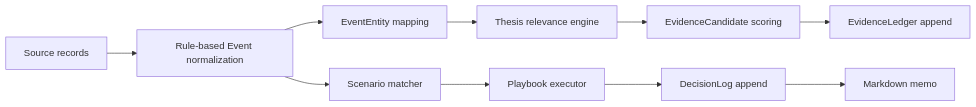
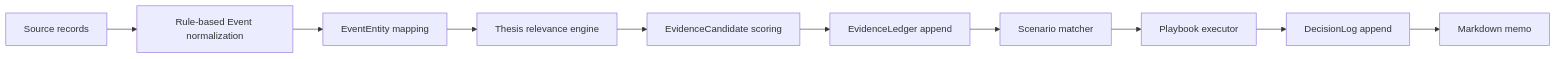
The diagram in docs/architecture.md (Hyuneey/project_stock), drawn with Mermaid before and after one commit. The commit also changed other lines of this file and 10 other files, not shown here.

````diff
--- a/docs/architecture.md
+++ b/docs/architecture.md
@@ -10,12 +10,12 @@
 ```mermaid
 flowchart LR
   A["Source records"] --> B["Rule-based Event normalization"]
   B --> C["EventEntity mapping"]
   C --> D["Thesis relevance engine"]
   D --> E["EvidenceCandidate scoring"]
   E --> F["EvidenceLedger append"]
-  B --> G["Scenario matcher"]
+  F --> G["Scenario matcher"]
   G --> H["Playbook executor"]
   H --> I["DecisionLog append"]
   I --> J["Markdown memo"]
 ```
````
